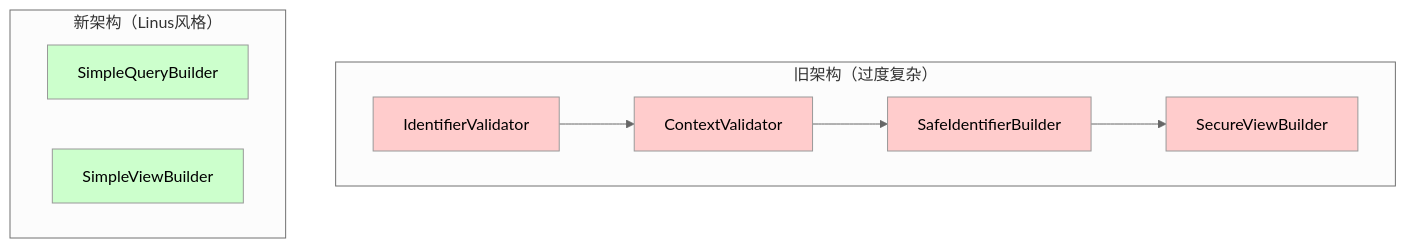
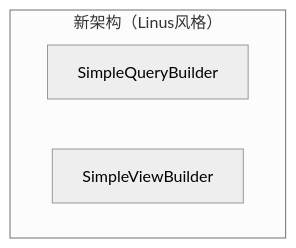
The third of 10 diagrams in docs/solution-architecture.md (bobo522487/fastbuild), drawn with Mermaid (neutral theme) before and after one commit. The commit also changed other lines of this file and 201 other files, not shown here.

````diff
--- a/docs/solution-architecture.md
+++ b/docs/solution-architecture.md
@@ -387,20 +212,7 @@
 ```mermaid
 graph TD
-    subgraph "旧架构（过度复杂）"
-        A[IdentifierValidator] --> B[ContextValidator]
-        B --> C[SafeIdentifierBuilder]
-        C --> D[SecureViewBuilder]
-    end
-
     subgraph "新架构（Linus风格）"
         E[SimpleQueryBuilder]
         F[SimpleViewBuilder]
     end
-
-    style A fill:#ffcccc
-    style B fill:#ffcccc
-    style C fill:#ffcccc
-    style D fill:#ffcccc
-    style E fill:#ccffcc
-    style F fill:#ccffcc
 ```
````
